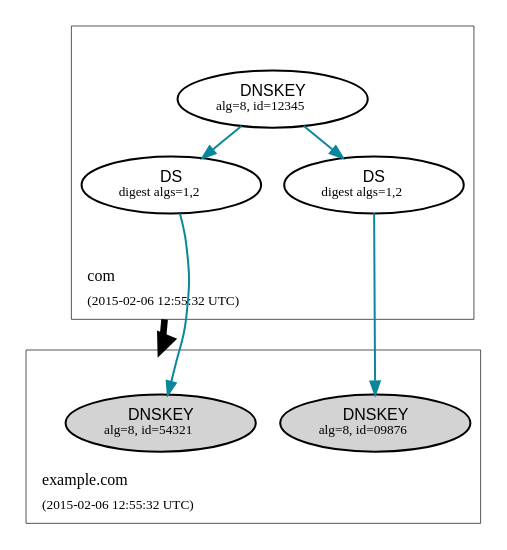
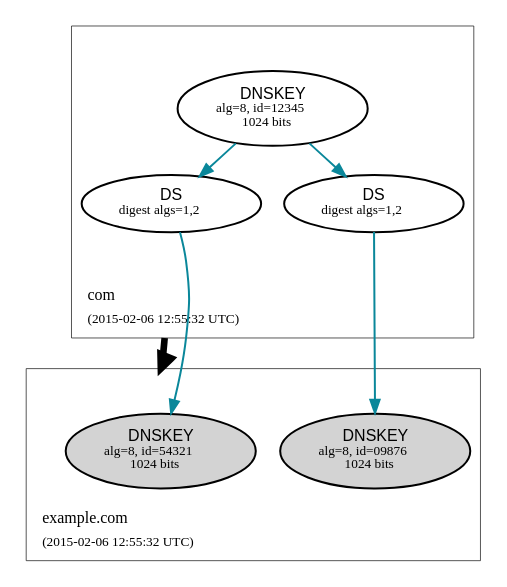
One commit to dnsviz/dnsviz changed the diagram in doc/src/rrsig-ds.dot. Above: the diagram before and after it, drawn with Graphviz. The commit also changed 27 other files, not shown here.

```diff
--- a/doc/src/rrsig-ds.dot
+++ b/doc/src/rrsig-ds.dot
@@ -1,73 +1,73 @@
 digraph {
   graph [compound=true, rankdir=BT, ranksep=0.3];
 	edge [penwidth=1.5];
 	node [label="\N",
 		penwidth=1.5
 	];
   subgraph "cluster_com" {
 		graph [label=<<TABLE BORDER="0"><TR><TD ALIGN="LEFT"><FONT POINT-SIZE="12">com</FONT></TD></TR><TR><TD ALIGN="LEFT"><FONT POINT-SIZE="10">(2015-02-06 12:55:32 UTC)</FONT></TD></TR></TABLE>>,
 				labeljust=l,
 				penwidth=0.5
 		];
 
 		"DNSKEY-0|com|8|12345"	 [color="#000000",
 			fillcolor="#ffffff",
-			label=<<FONT POINT-SIZE="12" FACE="Helvetica">DNSKEY</FONT><BR/><FONT POINT-SIZE="10">alg=8, id=12345</FONT>>,
+			label=<<FONT POINT-SIZE="12" FACE="Helvetica">DNSKEY</FONT><BR/><FONT POINT-SIZE="10">alg=8, id=12345<BR/>1024 bits</FONT>>,
 			shape=ellipse,
 			style=filled];
 		"DS-1_2|example.com|8|54321|1_2" [color="#000000",
 			fillcolor="#ffffff",
 			label=<<FONT POINT-SIZE="12" FACE="Helvetica">DS</FONT><BR/><FONT POINT-SIZE="10">digest algs=1,2</FONT>>,
 			shape=ellipse,
 			style=filled];
 		"DS-1_2|example.com|8|09876|1_2" [color="#000000",
 			fillcolor="#ffffff",
 			label=<<FONT POINT-SIZE="12" FACE="Helvetica">DS</FONT><BR/><FONT POINT-SIZE="10">digest algs=1,2</FONT>>,
 			shape=ellipse,
 			style=filled];
 		"cluster_com_top" [shape=point, style=invis];
 		"cluster_com_bottom" [shape=point, style=invis];
   }
   subgraph "cluster_example.com" {
 		graph [label=<<TABLE BORDER="0"><TR><TD ALIGN="LEFT"><FONT POINT-SIZE="12">example.com</FONT></TD></TR><TR><TD ALIGN="LEFT"><FONT POINT-SIZE="10">(2015-02-06 12:55:32 UTC)</FONT></TD></TR></TABLE>>,
 				labeljust=l,
 				penwidth=0.5
 		];
 
 		"DNSKEY-0|example.com|8|54321"	 [color="#000000",
 			fillcolor="lightgray",
-			label=<<FONT POINT-SIZE="12" FACE="Helvetica">DNSKEY</FONT><BR/><FONT POINT-SIZE="10">alg=8, id=54321</FONT>>,
+			label=<<FONT POINT-SIZE="12" FACE="Helvetica">DNSKEY</FONT><BR/><FONT POINT-SIZE="10">alg=8, id=54321<BR/>1024 bits</FONT>>,
 			shape=ellipse,
 			style=filled];
 		"DNSKEY-0|example.com|8|09876"	 [color="#000000",
 			fillcolor="lightgray",
-			label=<<FONT POINT-SIZE="12" FACE="Helvetica">DNSKEY</FONT><BR/><FONT POINT-SIZE="10">alg=8, id=09876</FONT>>,
+			label=<<FONT POINT-SIZE="12" FACE="Helvetica">DNSKEY</FONT><BR/><FONT POINT-SIZE="10">alg=8, id=09876<BR/>1024 bits</FONT>>,
 			shape=ellipse,
 			style=filled];
 		"cluster_example.com_top" [shape=point, style=invis];
 		"cluster_example.com_bottom" [shape=point, style=invis];
   }
 	"cluster_com_bottom" -> "DS-1_2|example.com|8|54321|1_2" [style=invis];
 	"cluster_com_bottom" -> "DS-1_2|example.com|8|09876|1_2" [style=invis];
 	"DNSKEY-0|example.com|8|54321"-> "DS-1_2|example.com|8|54321|1_2" [style=solid,
 		color="#0a879a",
 		dir=back];
 	"DNSKEY-0|example.com|8|09876"-> "DS-1_2|example.com|8|09876|1_2" [style=solid,
 		color="#0a879a",
 		dir=back];
 	"cluster_example.com_top" -> cluster_com_bottom [color="#000000",
 		dir=back,
 		lhead=cluster_com,
 		ltail="cluster_example.com",
 		minlen=2,
 		penwidth=5.0,
 		style=solid];
 	"DS-1_2|example.com|8|54321|1_2" -> "DNSKEY-0|com|8|12345" [dir=back,
 		color="#0a879a",
 		style="solid"];
 	"DS-1_2|example.com|8|09876|1_2" -> "DNSKEY-0|com|8|12345" [dir=back,
 		color="#0a879a",
 		style="solid"];
 	"DNSKEY-0|example.com|8|54321" -> "cluster_example.com_top" [style=invis];
 	"DNSKEY-0|com|8|12345" -> "cluster_com_top" [style=invis];
 }
```
